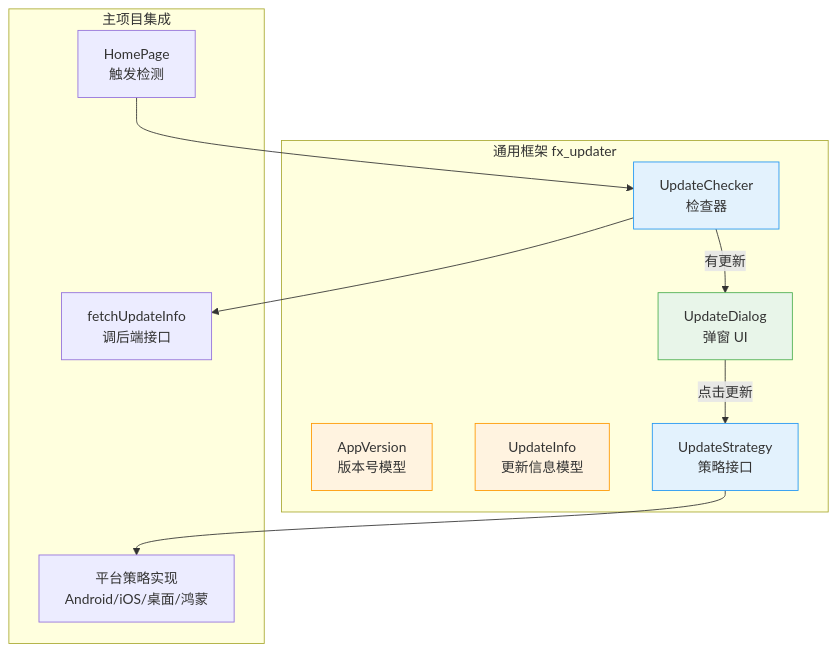
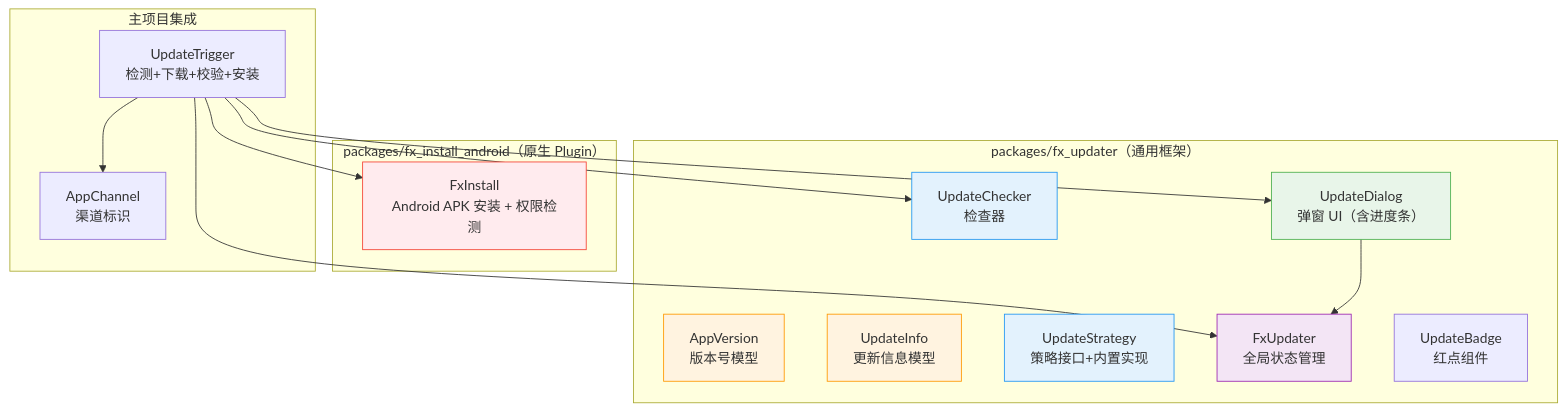
The second of 3 diagrams in docs/features/starter/v0.0.3/client/design.md (toly1994328/flash_im_by_ai), drawn with Mermaid before and after one commit. The commit also changed other lines of this file and 63 other files, not shown here.

````diff
--- a/docs/features/starter/v0.0.3/client/design.md
+++ b/docs/features/starter/v0.0.3/client/design.md
@@ -29,28 +63,36 @@
 ```mermaid
 graph TB
-    subgraph 通用框架 fx_updater
+    subgraph "packages/fx_updater（通用框架）"
         V[AppVersion<br/>版本号模型]
         I[UpdateInfo<br/>更新信息模型]
         C[UpdateChecker<br/>检查器]
-        S[UpdateStrategy<br/>策略接口]
-        D[UpdateDialog<br/>弹窗 UI]
+        S[UpdateStrategy<br/>策略接口+内置实现]
+        DLG[UpdateDialog<br/>弹窗 UI（含进度条）]
+        MGR[FxUpdater<br/>全局状态管理]
+        BDG[UpdateBadge<br/>红点组件]
     end
 
-    subgraph 主项目集成
-        F[fetchUpdateInfo<br/>调后端接口]
-        H[HomePage<br/>触发检测]
-        P[平台策略实现<br/>Android/iOS/桌面/鸿蒙]
+    subgraph "packages/fx_install_android（原生 Plugin）"
+        IP[FxInstall<br/>Android APK 安装 + 权限检测]
     end
 
-    H --> C
-    C --> F
-    C -->|有更新| D
-    D -->|点击更新| S
-    S --> P
+    subgraph "主项目集成"
+        TRG[UpdateTrigger<br/>检测+下载+校验+安装]
+        CH[AppChannel<br/>渠道标识]
+    end
+
+    TRG --> C
+    TRG --> DLG
+    TRG --> MGR
+    TRG --> IP
+    TRG --> CH
+    DLG --> MGR
 
     style V fill:#FFF3E0,stroke:#FF9800
     style I fill:#FFF3E0,stroke:#FF9800
     style C fill:#E3F2FD,stroke:#2196F3
     style S fill:#E3F2FD,stroke:#2196F3
-    style D fill:#E8F5E9,stroke:#4CAF50
+    style DLG fill:#E8F5E9,stroke:#4CAF50
+    style MGR fill:#F3E5F5,stroke:#9C27B0
+    style IP fill:#FFEBEE,stroke:#F44336
 ```
````
